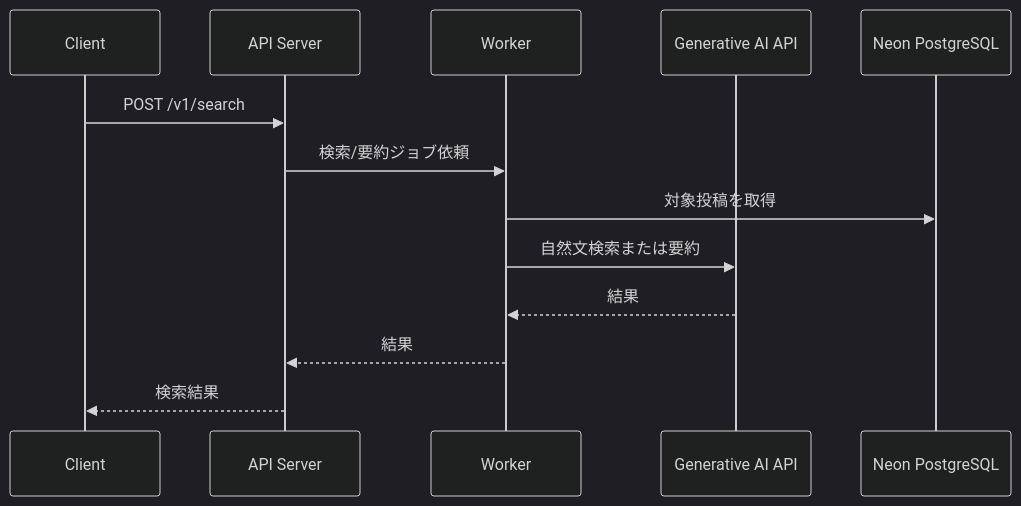
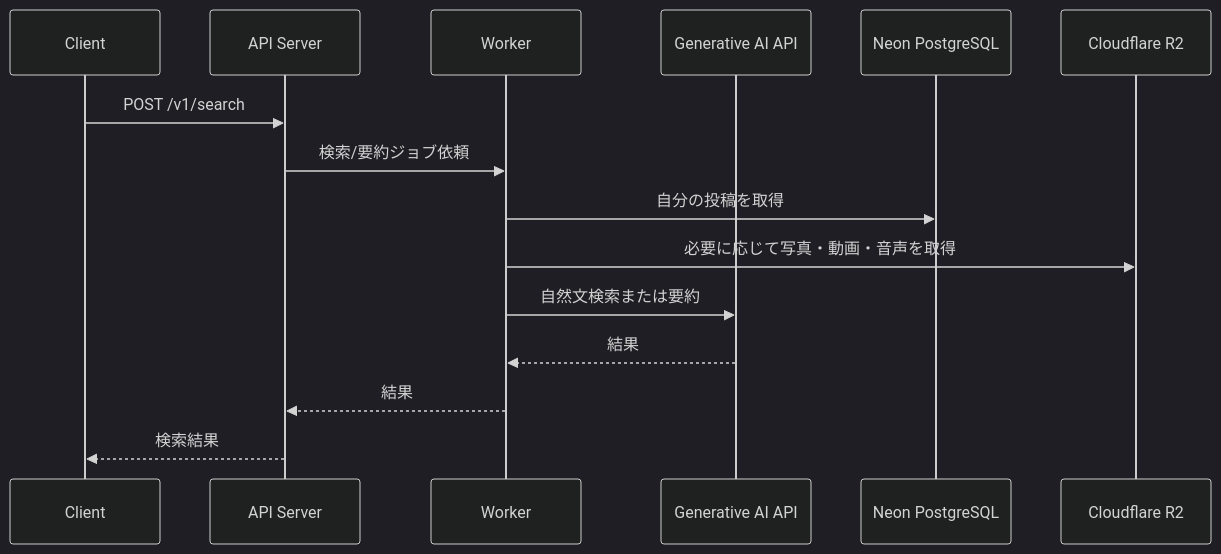
The fifth of 5 diagrams in doc/basic_design/architecture.md (Electric-Sheep-team6/backend), drawn with Mermaid (dark theme) before and after one commit. The commit also changed other lines of this file and 3 other files, not shown here.

````diff
--- a/doc/basic_design/architecture.md
+++ b/doc/basic_design/architecture.md
@@ -109,16 +109,18 @@
 ```mermaid
 sequenceDiagram
   participant C as Client
   participant A as API Server
   participant W as Worker
   participant AI as Generative AI API
   participant D as Neon PostgreSQL
+  participant S as Cloudflare R2
 
   C->>A: POST /v1/search
   A->>W: 検索/要約ジョブ依頼
-  W->>D: 対象投稿を取得
+  W->>D: 自分の投稿を取得
+  W->>S: 必要に応じて写真・動画・音声を取得
   W->>AI: 自然文検索または要約
   AI-->>W: 結果
   W-->>A: 結果
   A-->>C: 検索結果
 ```
````
